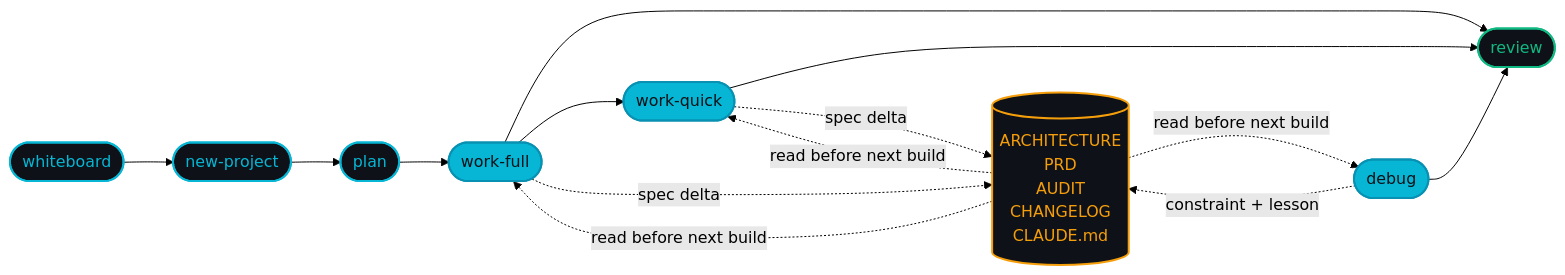
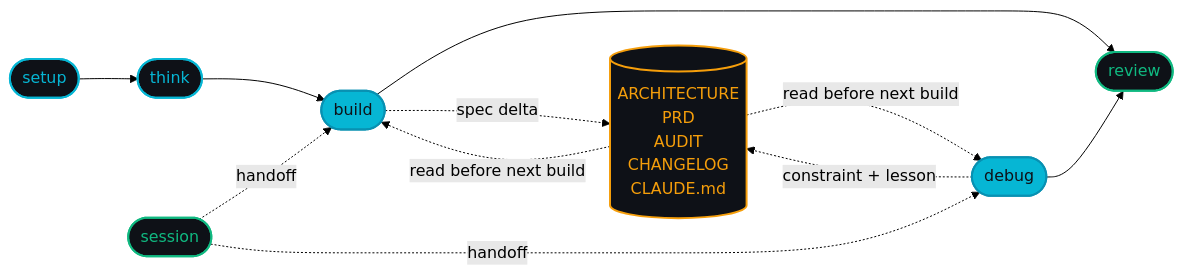
Before and after one commit to DIV7NE/straight-to-production: the diagram in README.md, drawn with Mermaid (forest theme). The commit also changed other lines of this file and 91 other files, not shown here.

````diff
--- a/README.md
+++ b/README.md
@@ -85,28 +85,25 @@
 ```mermaid
 flowchart LR
     classDef think fill:#0e1117,stroke:#06b6d4,stroke-width:2px,color:#06b6d4
     classDef build fill:#06b6d4,stroke:#0891b2,stroke-width:2px,color:#0e1117
     classDef verify fill:#0e1117,stroke:#10b981,stroke-width:2px,color:#10b981
     classDef learn fill:#0e1117,stroke:#f59e0b,stroke-width:2px,color:#f59e0b
 
-    WB([whiteboard]):::think
-    NP([new-project]):::think
-    PL([plan]):::think
-    WF([work-full]):::build
-    WQ([work-quick]):::build
-    DB([debug]):::build
-    RV([review]):::verify
+    S([setup]):::think
+    T([think]):::think
+    B([build]):::build
+    D([debug]):::build
+    R([review]):::verify
+    SS([session]):::verify
     DOCS[(ARCHITECTURE<br/>PRD<br/>AUDIT<br/>CHANGELOG<br/>CLAUDE.md)]:::learn
 
-    WB --> NP --> PL --> WF
-    WF --> RV
-    WF --> WQ
-    WQ --> RV
-    DB --> RV
-    WF -.spec delta.-> DOCS
-    WQ -.spec delta.-> DOCS
-    DB -.constraint + lesson.-> DOCS
-    DOCS -.read before next build.-> WF
-    DOCS -.read before next build.-> WQ
-    DOCS -.read before next build.-> DB
+    S --> T --> B
+    B --> R
+    D --> R
+    B -.spec delta.-> DOCS
+    D -.constraint + lesson.-> DOCS
+    DOCS -.read before next build.-> B
+    DOCS -.read before next build.-> D
+    SS -.handoff.-> B
+    SS -.handoff.-> D
 ```
````
